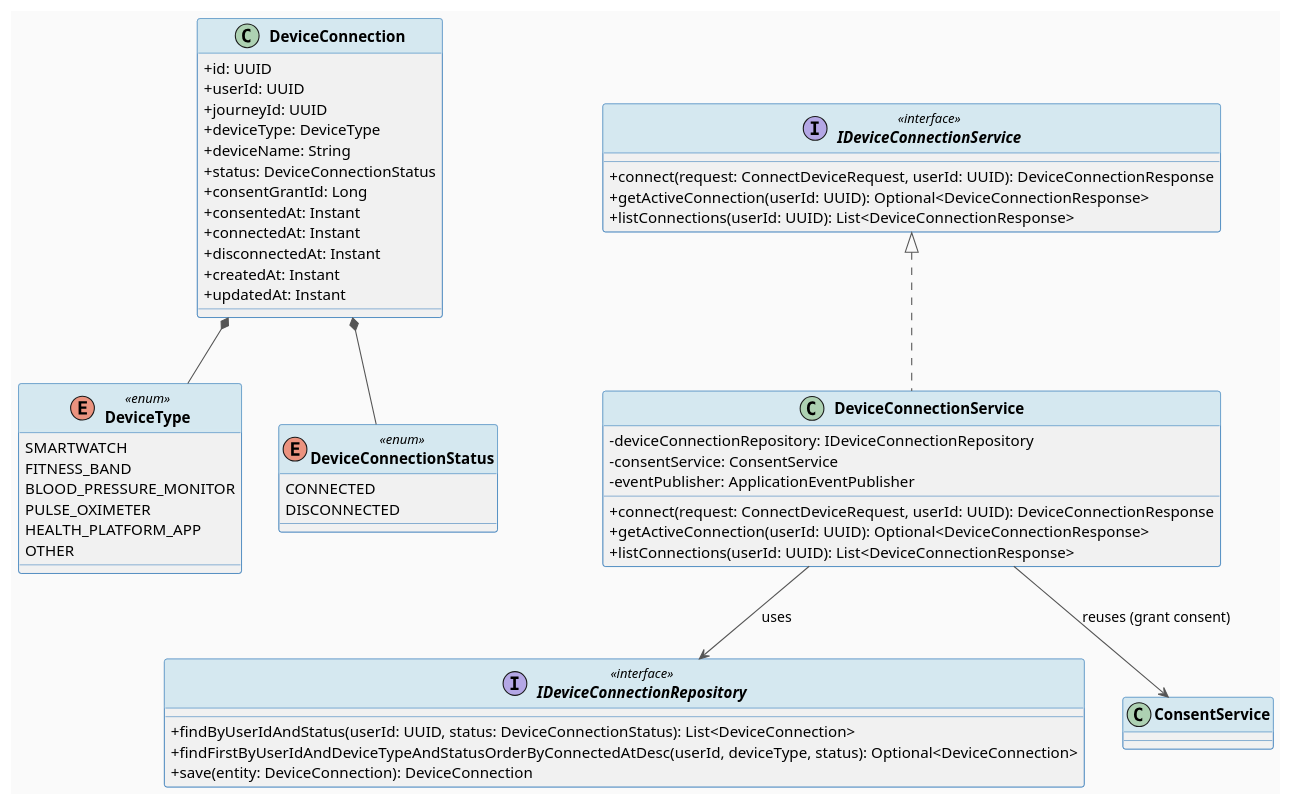
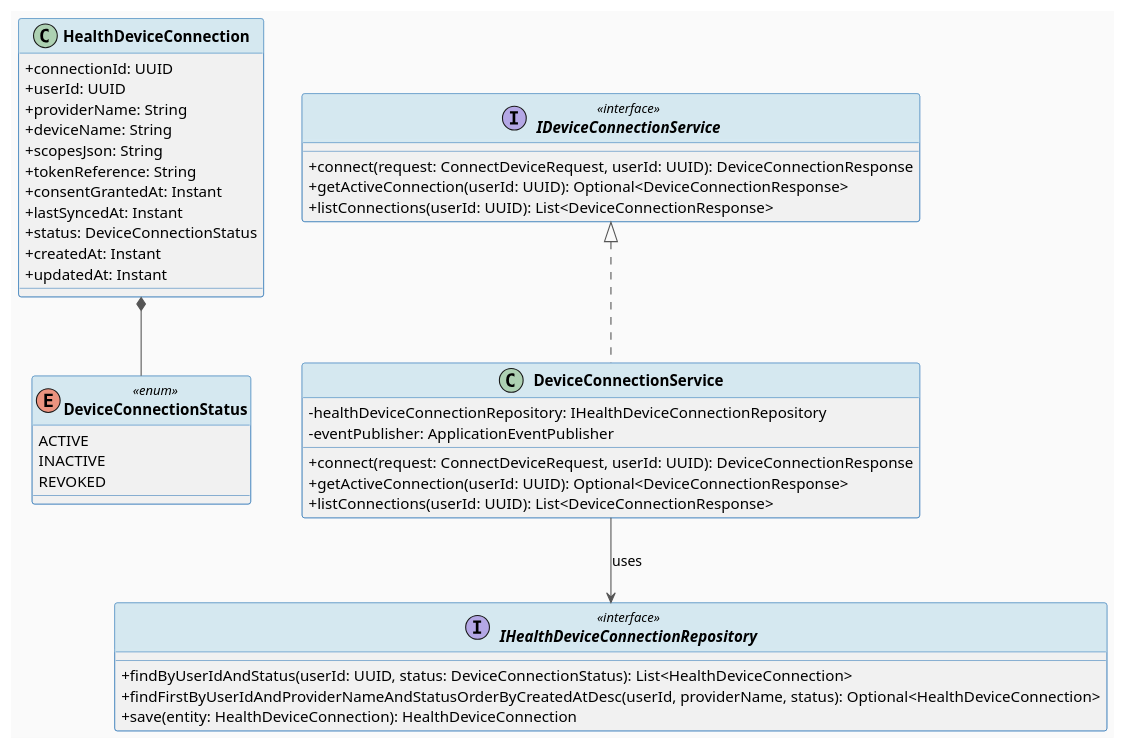
Before and after one commit to ChuongBDHE172784/CareBridge_SEP490_G79: the first of 5 diagrams in 04_Implement/UC66_ConnectHealthDevice/UC66_ConnectHealthDevice_TDS.md, drawn with PlantUML. The commit also changed other lines of this file and 95 other files, not shown here.

````diff
--- a/04_Implement/UC66_ConnectHealthDevice/UC66_ConnectHealthDevice_TDS.md
+++ b/04_Implement/UC66_ConnectHealthDevice/UC66_ConnectHealthDevice_TDS.md
@@ -235,69 +238,57 @@
 ```plantuml
 @startuml UC66_ClassDiagram
 skinparam classAttributeIconSize 0
 skinparam classFontStyle bold
 skinparam backgroundColor #FAFAFA
 skinparam ArrowColor #555555
 skinparam ClassBorderColor #2E75B6
 skinparam ClassHeaderBackgroundColor #D5E8F0
 
-' === ENTITIES (shared across UC66/67/68/69) ===
-class DeviceConnection {
-  + id: UUID
+' === ENTITIES (shared across UC66/67/68/69/130 — REAL schema, V1__init_schema.sql L1115) ===
+class HealthDeviceConnection {
+  + connectionId: UUID
   + userId: UUID
-  + journeyId: UUID
-  + deviceType: DeviceType
+  + providerName: String
   + deviceName: String
+  + scopesJson: String
+  + tokenReference: String
+  + consentGrantedAt: Instant
+  + lastSyncedAt: Instant
   + status: DeviceConnectionStatus
-  + consentGrantId: Long
-  + consentedAt: Instant
-  + connectedAt: Instant
-  + disconnectedAt: Instant
   + createdAt: Instant
   + updatedAt: Instant
 }
 
-enum DeviceType <<enum>> {
-  SMARTWATCH
-  FITNESS_BAND
-  BLOOD_PRESSURE_MONITOR
-  PULSE_OXIMETER
-  HEALTH_PLATFORM_APP
-  OTHER
-}
-
 enum DeviceConnectionStatus <<enum>> {
-  CONNECTED
-  DISCONNECTED
+  ACTIVE
+  INACTIVE
+  REVOKED
 }
 
 ' === SERVICES ===
 interface IDeviceConnectionService <<interface>> {
   + connect(request: ConnectDeviceRequest, userId: UUID): DeviceConnectionResponse
   + getActiveConnection(userId: UUID): Optional<DeviceConnectionResponse>
   + listConnections(userId: UUID): List<DeviceConnectionResponse>
 }
 
 class DeviceConnectionService implements IDeviceConnectionService {
-  - deviceConnectionRepository: IDeviceConnectionRepository
-  - consentService: ConsentService
+  - healthDeviceConnectionRepository: IHealthDeviceConnectionRepository
   - eventPublisher: ApplicationEventPublisher
   + connect(request: ConnectDeviceRequest, userId: UUID): DeviceConnectionResponse
   + getActiveConnection(userId: UUID): Optional<DeviceConnectionResponse>
   + listConnections(userId: UUID): List<DeviceConnectionResponse>
 }
 
-' === REPOSITORIES ===
-interface IDeviceConnectionRepository <<interface>> {
-  + findByUserIdAndStatus(userId: UUID, status: DeviceConnectionStatus): List<DeviceConnection>
-  + findFirstByUserIdAndDeviceTypeAndStatusOrderByConnectedAtDesc(userId, deviceType, status): Optional<DeviceConnection>
-  + save(entity: DeviceConnection): DeviceConnection
+' === REPOSITORIES (shared with UC130 naming — IHealthDeviceConnectionRepository) ===
+interface IHealthDeviceConnectionRepository <<interface>> {
+  + findByUserIdAndStatus(userId: UUID, status: DeviceConnectionStatus): List<HealthDeviceConnection>
+  + findFirstByUserIdAndProviderNameAndStatusOrderByCreatedAtDesc(userId, providerName, status): Optional<HealthDeviceConnection>
+  + save(entity: HealthDeviceConnection): HealthDeviceConnection
 }
 
-DeviceConnectionService --> IDeviceConnectionRepository : uses
-DeviceConnectionService --> ConsentService : reuses (grant consent)
-DeviceConnection *-- DeviceType
-DeviceConnection *-- DeviceConnectionStatus
+DeviceConnectionService --> IHealthDeviceConnectionRepository : uses
+HealthDeviceConnection *-- DeviceConnectionStatus
 
 @enduml
 ```
````
